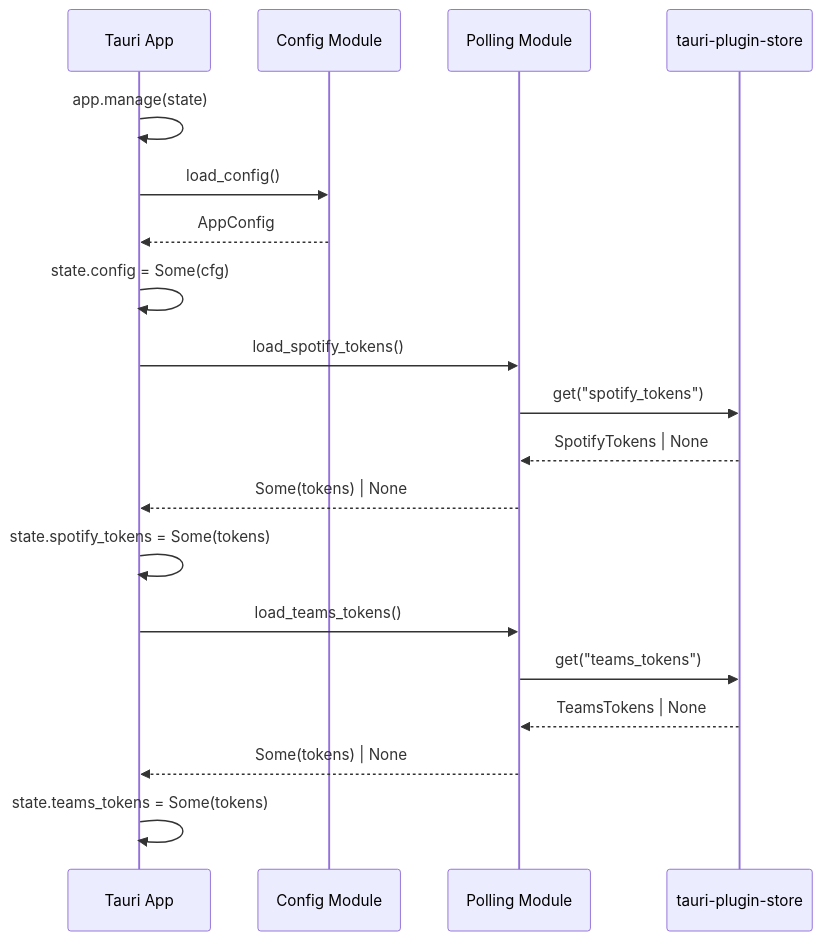
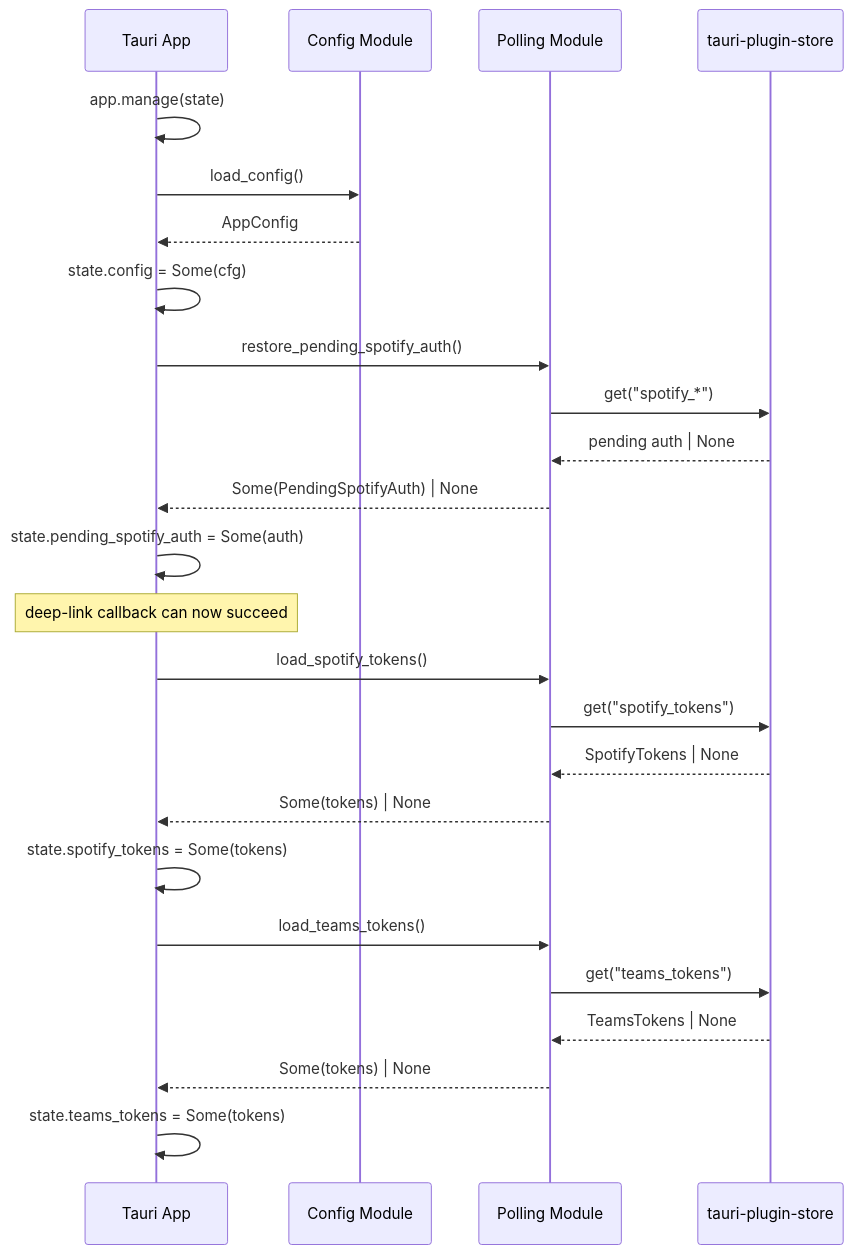
One commit to Carme99/PresenceJam-Desktop changed the fifth of 8 diagrams in ARCHITECTURE.md. Above: the diagram before and after it, drawn with Mermaid. The commit also changed other lines of this file and 15 other files, not shown here.

````diff
--- a/ARCHITECTURE.md
+++ b/ARCHITECTURE.md
@@ -150,22 +150,28 @@
 ```mermaid
 sequenceDiagram
     participant App as Tauri App
     participant Config as Config Module
     participant Polling as Polling Module
     participant Store as tauri-plugin-store
     
     App->>App: app.manage(state)
     App->>Config: load_config()
     Config-->>App: AppConfig
     App->>App: state.config = Some(cfg)
+    App->>Polling: restore_pending_spotify_auth()
+    Polling->>Store: get("spotify_*")
+    Store-->>Polling: pending auth | None
+    Polling-->>App: Some(PendingSpotifyAuth) | None
+    App->>App: state.pending_spotify_auth = Some(auth)
+    Note over App: deep-link callback can now succeed
     App->>Polling: load_spotify_tokens()
     Polling->>Store: get("spotify_tokens")
     Store-->>Polling: SpotifyTokens | None
     Polling-->>App: Some(tokens) | None
     App->>App: state.spotify_tokens = Some(tokens)
     App->>Polling: load_teams_tokens()
     Polling->>Store: get("teams_tokens")
     Store-->>Polling: TeamsTokens | None
     Polling-->>App: Some(tokens) | None
     App->>App: state.teams_tokens = Some(tokens)
 ```
````
